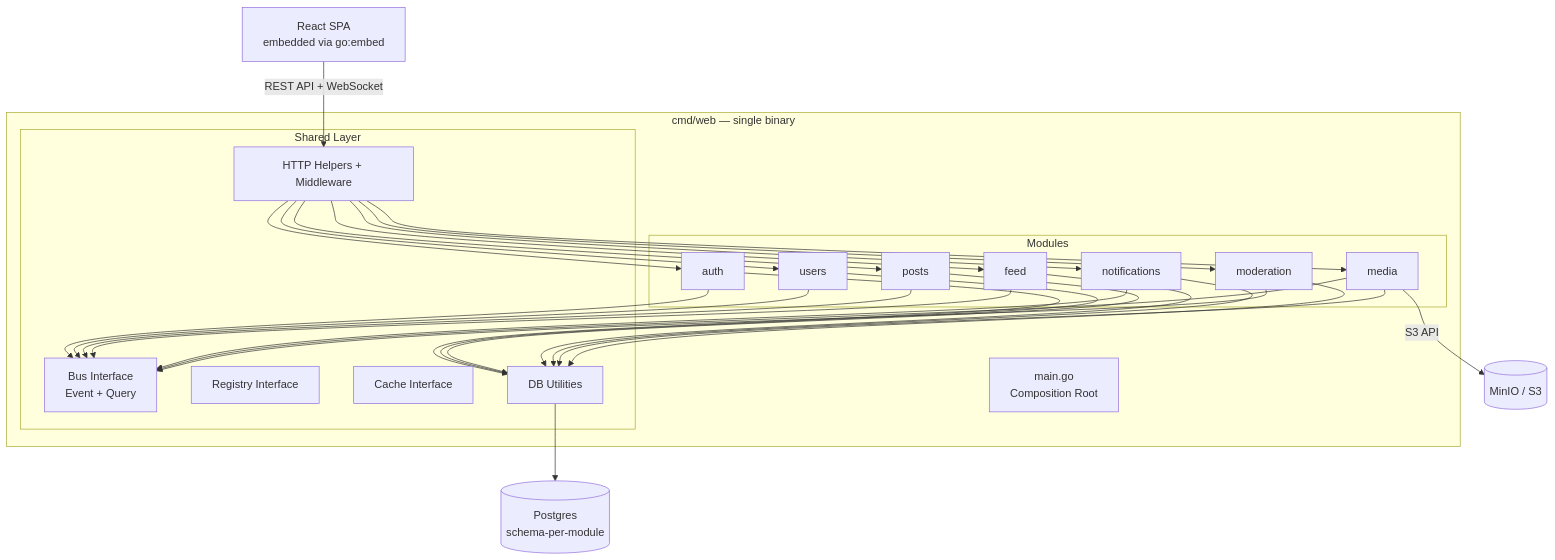
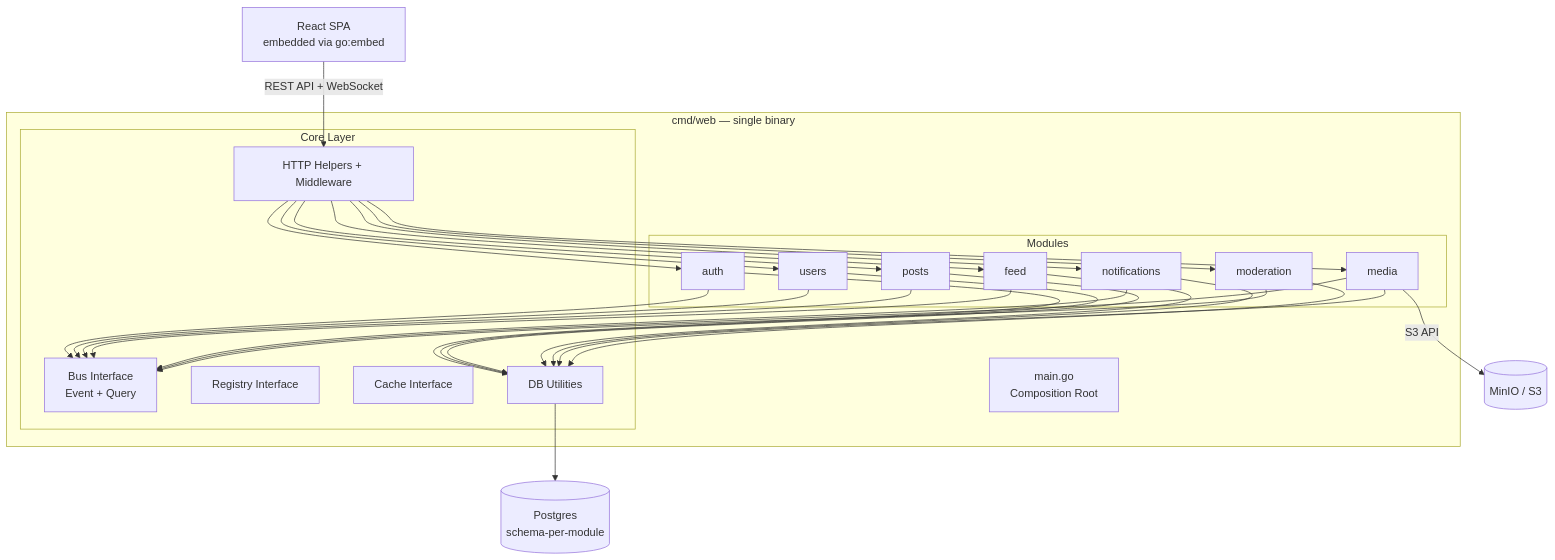
One commit to cenron/soapbox changed the diagram in docs/specs/2026-03-21-soapbox-design.md. Above: the diagram before and after it, drawn with Mermaid. The commit also changed other lines of this file and 52 other files, not shown here.

````diff
--- a/docs/specs/2026-03-21-soapbox-design.md
+++ b/docs/specs/2026-03-21-soapbox-design.md
@@ -56,31 +56,31 @@
 ```mermaid
 graph TB
     subgraph "cmd/web — single binary"
         MAIN[main.go<br/>Composition Root]
 
-        subgraph "Shared Layer"
+        subgraph "Core Layer"
             BUS[Bus Interface<br/>Event + Query]
             REG[Registry Interface]
             CACHE[Cache Interface]
             DB[DB Utilities]
             HTTP[HTTP Helpers + Middleware]
         end
 
         subgraph "Modules"
             AUTH[auth]
             USERS[users]
             POSTS[posts]
             FEED[feed]
             NOTIF[notifications]
             MEDIA[media]
             MOD[moderation]
         end
     end
 
     CLIENT[React SPA<br/>embedded via go:embed] -->|REST API + WebSocket| HTTP
     HTTP --> AUTH & USERS & POSTS & FEED & NOTIF & MEDIA & MOD
     AUTH & USERS & POSTS & FEED & NOTIF & MEDIA & MOD --> BUS
     AUTH & USERS & POSTS & FEED & NOTIF & MEDIA & MOD --> DB
     DB --> PG[(Postgres<br/>schema-per-module)]
     MEDIA -->|S3 API| S3[(MinIO / S3)]
 ```
````
